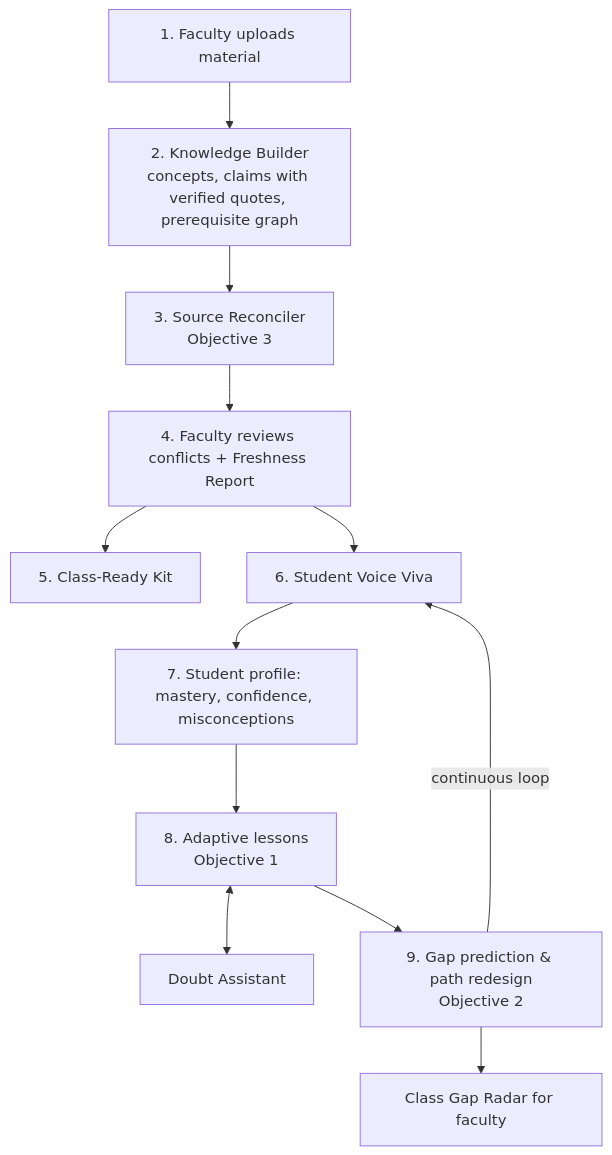
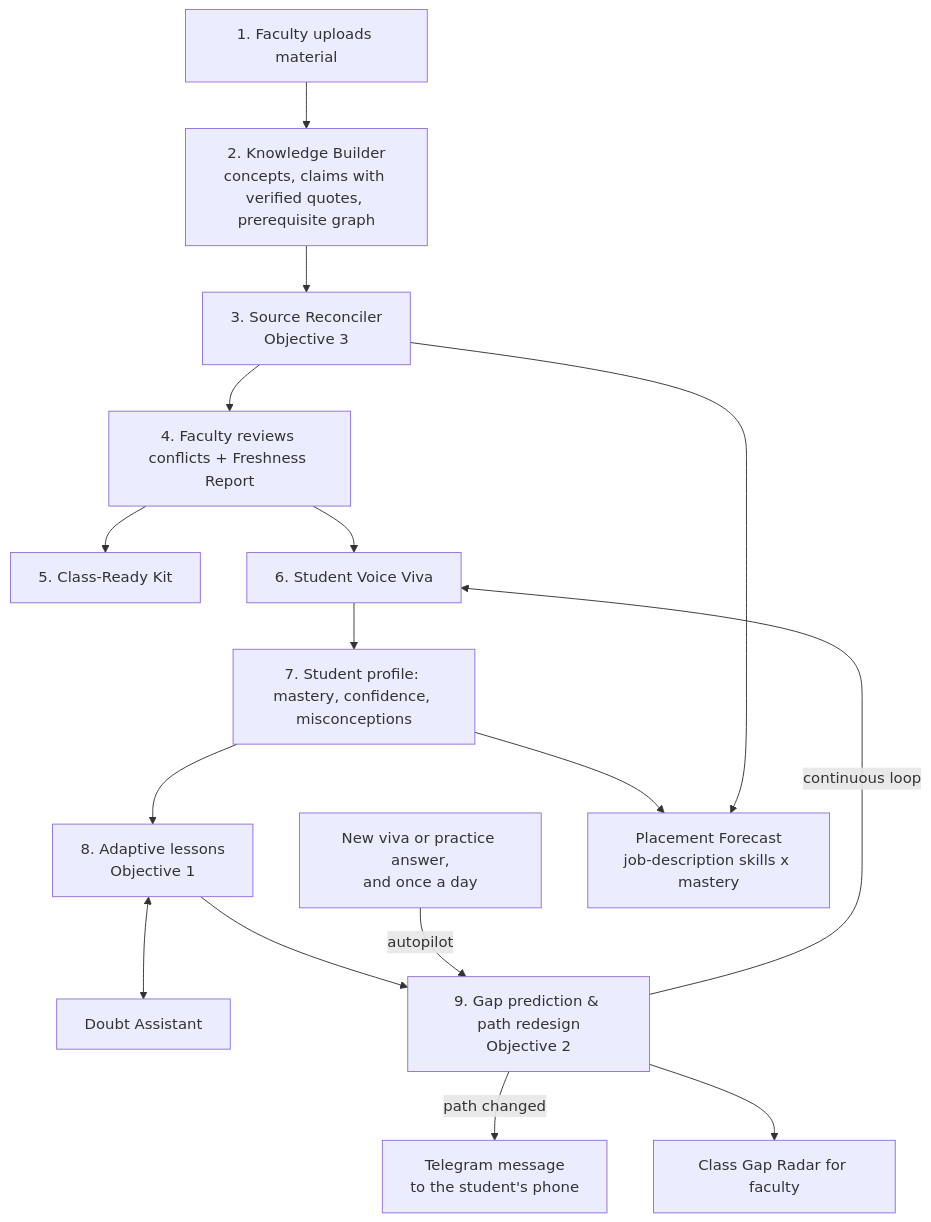
The first of 2 diagrams in README.md (vlallen544/Hackerring_project), drawn with Mermaid before and after one commit. The commit also changed other lines of this file, not shown here.

````diff
--- a/README.md
+++ b/README.md
@@ -135,14 +138,18 @@
 ```mermaid
 flowchart TD
     C[1. Faculty uploads material] --> D[2. Knowledge Builder<br/>concepts, claims with verified quotes, prerequisite graph]
     D --> E[3. Source Reconciler<br/>Objective 3]
     E --> F[4. Faculty reviews conflicts + Freshness Report]
     F --> G[5. Class-Ready Kit]
     F --> H[6. Student Voice Viva]
     H --> I[7. Student profile: mastery, confidence, misconceptions]
     I --> J[8. Adaptive lessons<br/>Objective 1]
     J <--> J2[Doubt Assistant]
     J --> K[9. Gap prediction & path redesign<br/>Objective 2]
+    P[New viva or practice answer,<br/>and once a day] -->|autopilot| K
+    K -->|path changed| N[Telegram message<br/>to the student's phone]
     K -->|continuous loop| H
     K --> L[Class Gap Radar for faculty]
+    I --> PF[Placement Forecast<br/>job-description skills x mastery]
+    E --> PF
 ```
````
